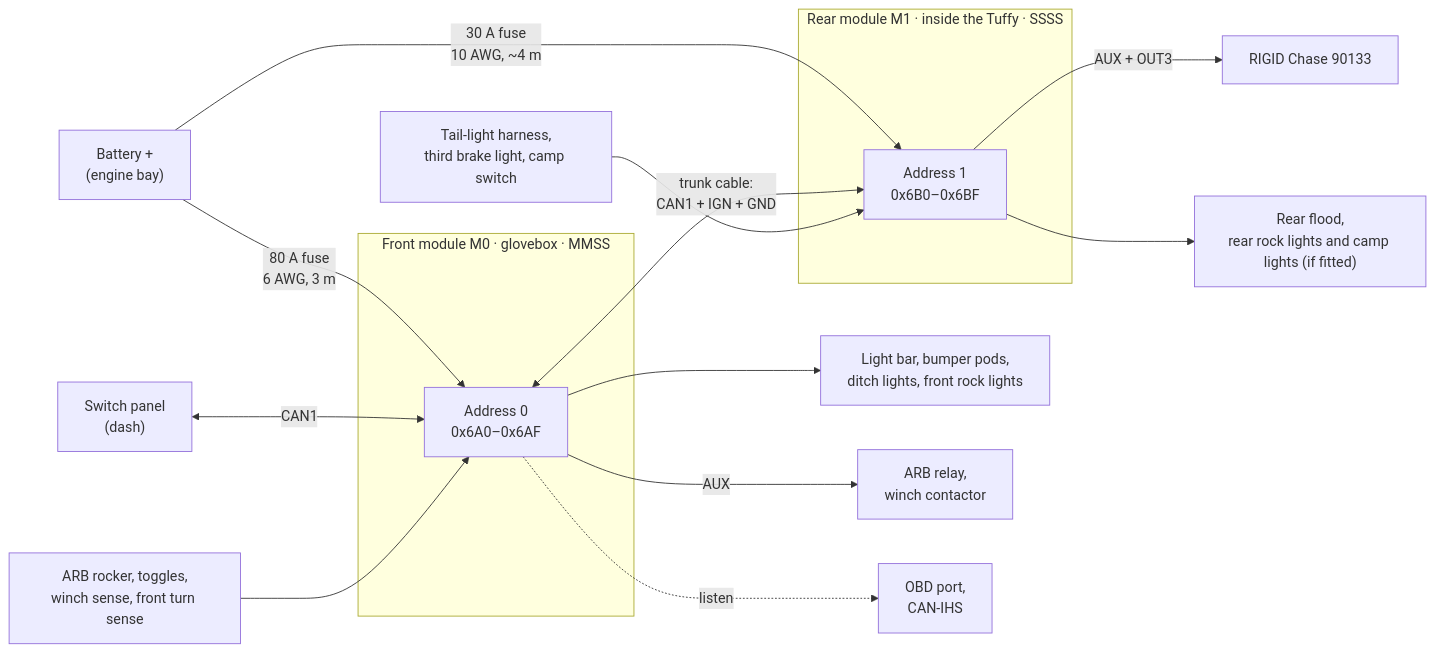
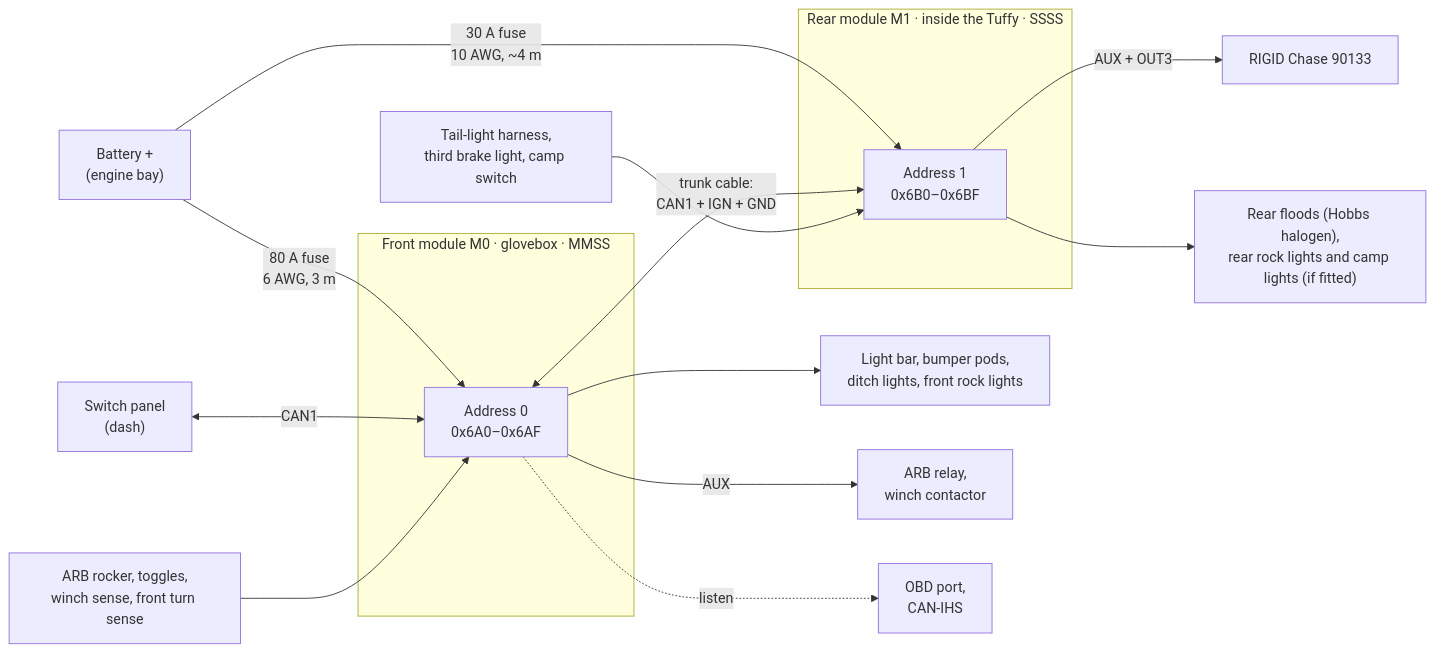
One commit to jeffmincey/playground changed the diagram in power-control-module/docs/13-multi-module-system.md. Above: the diagram before and after it, drawn with Mermaid. The commit also changed other lines of this file and 10 other files, not shown here.

First line of the commit message:
Configure the rear floods for the owner's Hobbs halogen lamps

````diff
--- a/power-control-module/docs/13-multi-module-system.md
+++ b/power-control-module/docs/13-multi-module-system.md
@@ -13,20 +13,20 @@
 ```mermaid
 flowchart LR
     BAT["Battery +<br/>(engine bay)"] -->|"80 A fuse<br/>6 AWG, 3 m"| M0
     BAT -->|"30 A fuse<br/>10 AWG, ~4 m"| M1
     PANEL["Switch panel<br/>(dash)"] <-->|"CAN1"| M0
     M0 <-->|"trunk cable:<br/>CAN1 + IGN + GND"| M1
     subgraph FRONT["Front module M0 · glovebox · MMSS"]
         M0["Address 0<br/>0x6A0–0x6AF"]
     end
     subgraph REAR["Rear module M1 · inside the Tuffy · SSSS"]
         M1["Address 1<br/>0x6B0–0x6BF"]
     end
     M0 --> FL["Light bar, bumper pods,<br/>ditch lights, front rock lights"]
     M0 -->|"AUX"| FA["ARB relay,<br/>winch contactor"]
     M0 -.->|"listen"| JEEP["OBD port,<br/>CAN-IHS"]
     DASH["ARB rocker, toggles,<br/>winch sense, front turn sense"] --> M0
     M1 -->|"AUX + OUT3"| CH["RIGID Chase 90133"]
-    M1 --> RL["Rear flood,<br/>rear rock lights and camp lights (if fitted)"]
+    M1 --> RL["Rear floods (Hobbs halogen),<br/>rear rock lights and camp lights (if fitted)"]
     TRL["Tail-light harness,<br/>third brake light, camp switch"] --> M1
 ```
````
